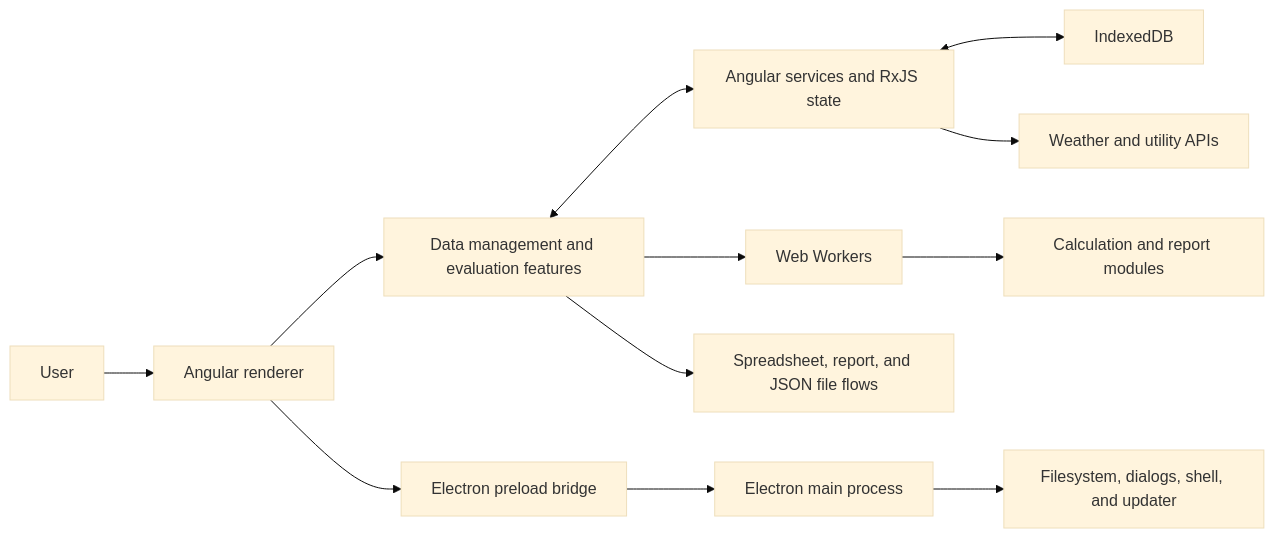
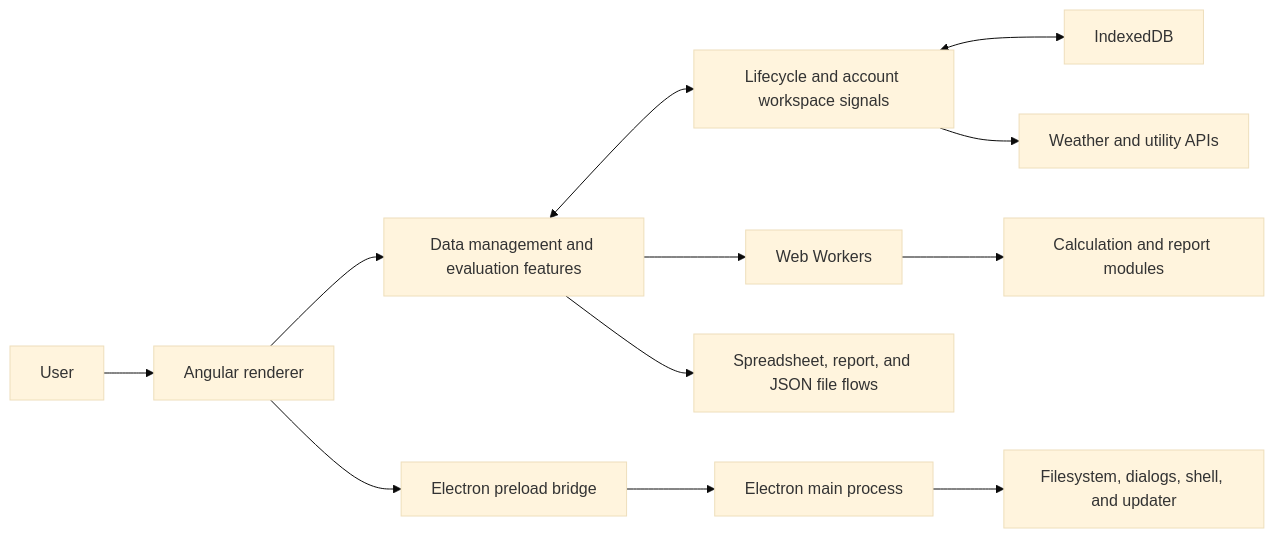
One commit to ORNL-AMO/VERIFI changed the first of 2 diagrams in ARCHITECTURE.md. Above: the diagram before and after it, drawn with Mermaid (base theme). The commit also changed other lines of this file and 1 other file, not shown here.

Commit message:
docs(architecture): document lifecycle and workspace ownership

````diff
--- a/ARCHITECTURE.md
+++ b/ARCHITECTURE.md
@@ -9,14 +9,14 @@
 ```mermaid
 flowchart LR
     User["User"] --> Renderer["Angular renderer"]
     Renderer --> Features["Data management and evaluation features"]
-    Features <--> State["Angular services and RxJS state"]
+    Features <--> State["Lifecycle and account workspace signals"]
     State <--> IDB["IndexedDB"]
     State --> APIs["Weather and utility APIs"]
     Features --> Workers["Web Workers"]
     Workers --> Calcs["Calculation and report modules"]
     Features --> Files["Spreadsheet, report, and JSON file flows"]
     Renderer --> Bridge["Electron preload bridge"]
     Bridge --> Main["Electron main process"]
     Main --> Desktop["Filesystem, dialogs, shell, and updater"]
 ```
````
